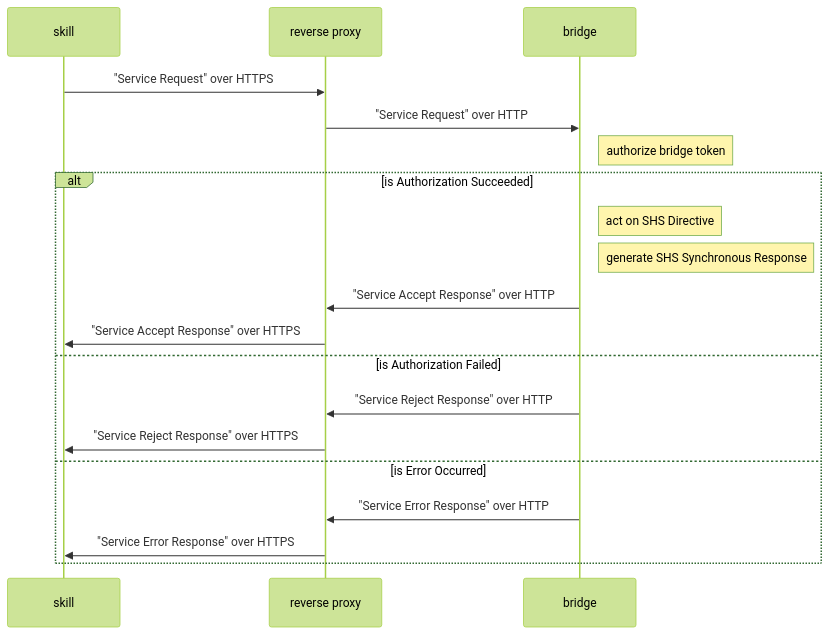
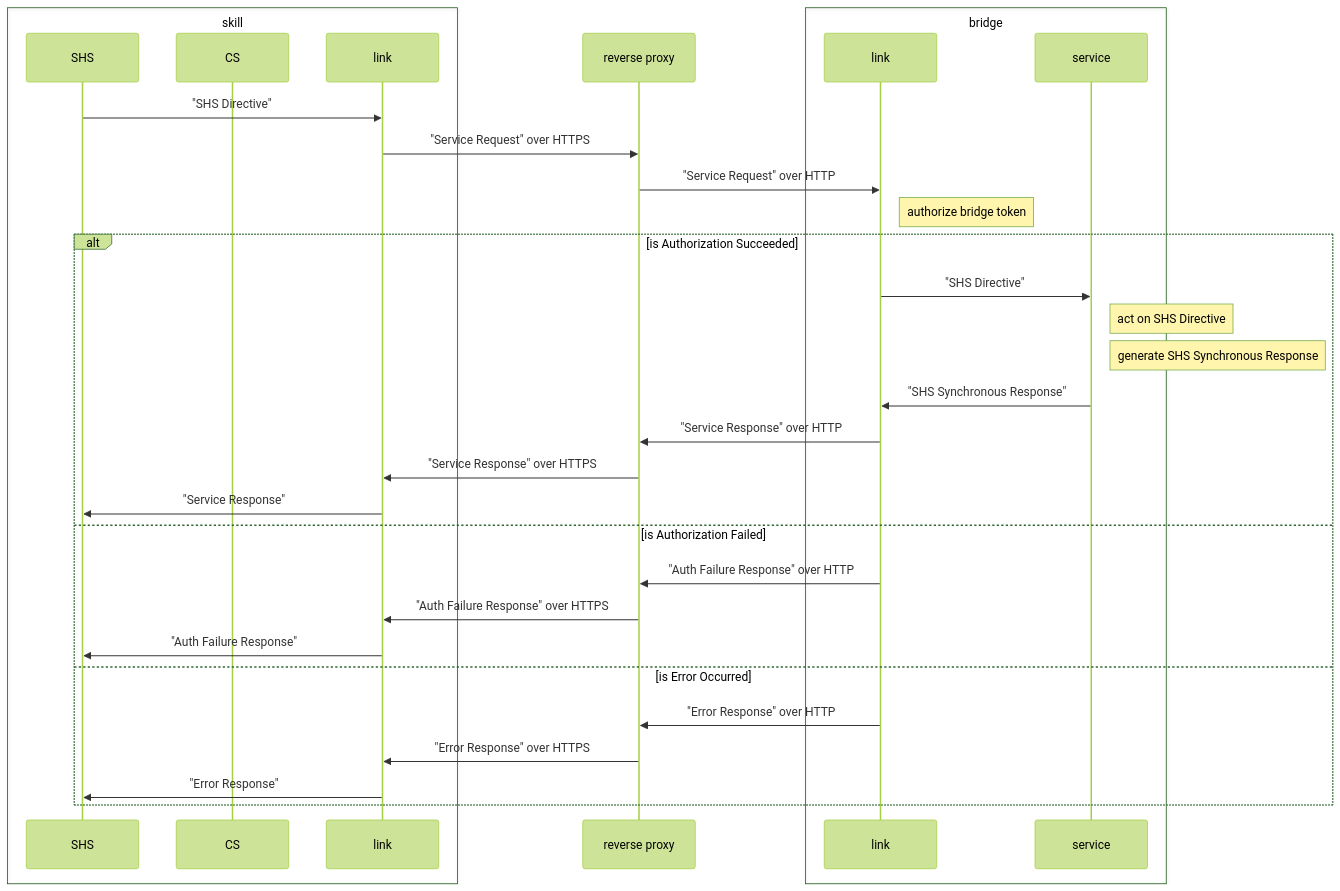
Before and after one commit to pebender/alexa-for-lg-webos-tv: the third of 3 diagrams in docs.in/pages/design/skill-to-bridge-interface.md, drawn with Mermaid (forest theme). The commit also changed other lines of this file and 1 other file, not shown here.

````diff
--- a/docs.in/pages/design/skill-to-bridge-interface.md
+++ b/docs.in/pages/design/skill-to-bridge-interface.md
@@ -255,22 +269,35 @@
 ```mermaid
 sequenceDiagram
-  participant skill as skill
+  box skill
+    participant skill_shs as SHS
+    participant skill_cs as CS
+    participant skill_link as link
+  end
   participant proxy as reverse proxy
-  participant bridge as bridge
+  box bridge
+    participant bridge_link as link
+    participant bridge_service as service
+  end
 
-  skill->>proxy: "Service Request" over HTTPS
-  proxy->>bridge: "Service Request" over HTTP
-  note right of bridge: authorize bridge token
+  skill_shs->>skill_link: "SHS Directive"
+  skill_link->>proxy: "Service Request" over HTTPS
+  proxy->>bridge_link: "Service Request" over HTTP
+  note right of bridge_link: authorize bridge token
   alt is Authorization Succeeded
-    note right of bridge: act on SHS Directive
-    note right of bridge: generate SHS Synchronous Response
-    bridge->>proxy: "Service Accept Response" over HTTP
-    proxy->>skill: "Service Accept Response" over HTTPS
+    bridge_link->>bridge_service: "SHS Directive"
+    note right of bridge_service: act on SHS Directive
+    note right of bridge_service: generate SHS Synchronous Response
+    bridge_service->>bridge_link: "SHS Synchronous Response"
+    bridge_link->>proxy: "Service Response" over HTTP
+    proxy->>skill_link: "Service Response" over HTTPS
+    skill_link->>skill_shs: "Service Response"
   else is Authorization Failed
-    bridge->>proxy: "Service Reject Response" over HTTP
-    proxy->>skill: "Service Reject Response" over HTTPS
+    bridge_link->>proxy: "Auth Failure Response" over HTTP
+    proxy->>skill_link: "Auth Failure Response" over HTTPS
+    skill_link->>skill_shs: "Auth Failure Response"
   else is Error Occurred
-    bridge->>proxy: "Service Error Response" over HTTP
-    proxy->>skill: "Service Error Response" over HTTPS
+    bridge_link->>proxy: "Error Response" over HTTP
+    proxy->>skill_link: "Error Response" over HTTPS
+    skill_link->>skill_shs: "Error Response"
   end
 ```
````
